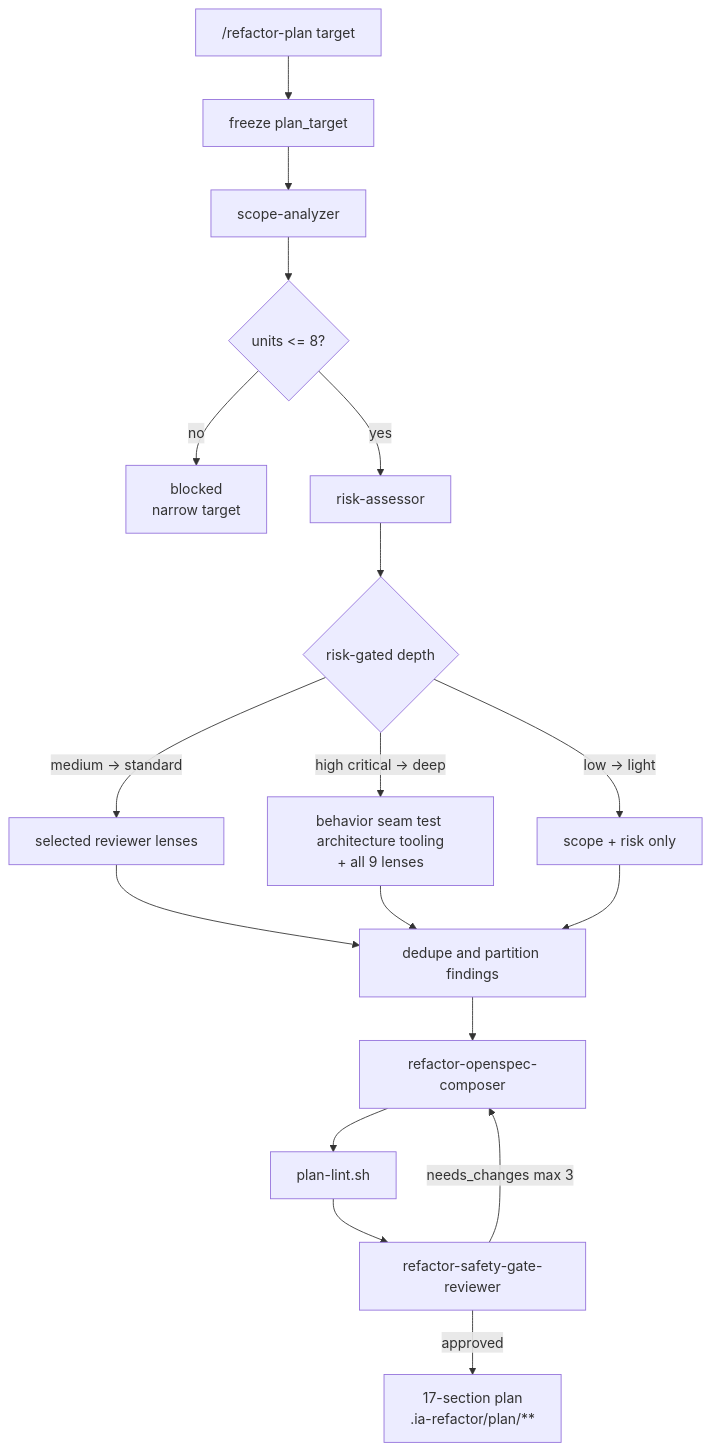
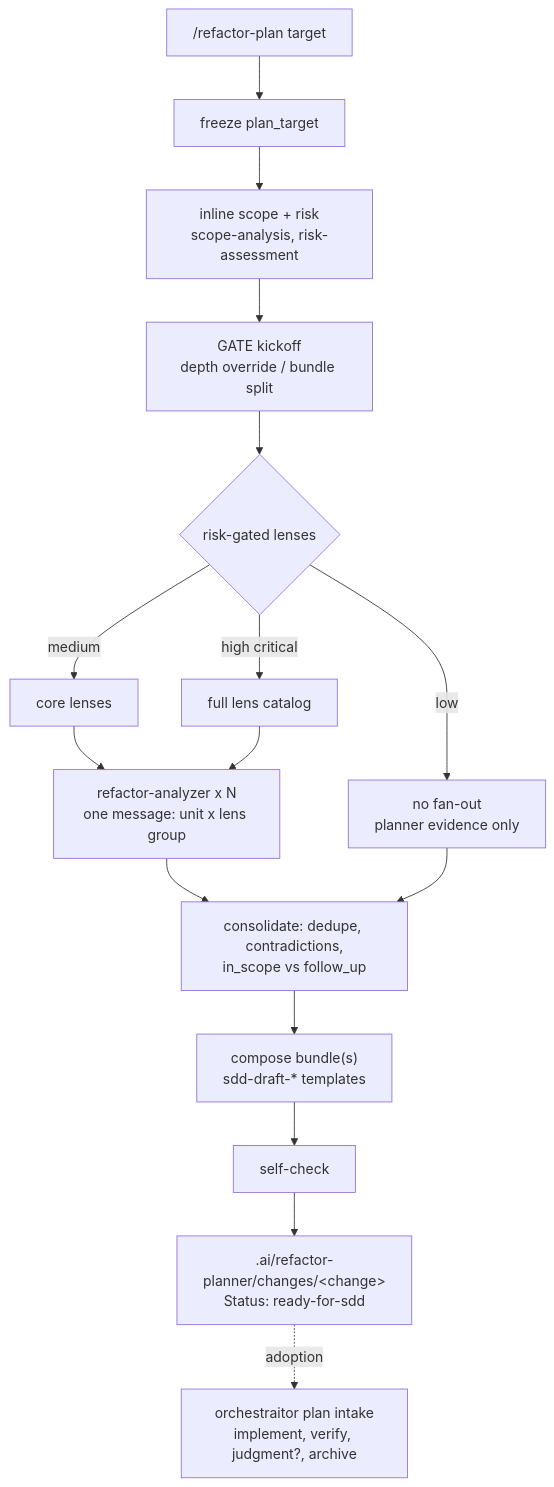
One commit to andresnator/agents-orchestrator changed the third of 5 diagrams in docs/harness-flow-map.md. Above: the diagram before and after it, drawn with Mermaid. The commit also changed other lines of this file and 3 other files, not shown here.

Commit message:
Update documentation for refactor planning and execution workflows: clarify bundle structure, remove obsolete references, and enhance the plan handoff contract.

````diff
--- a/docs/harness-flow-map.md
+++ b/docs/harness-flow-map.md
@@ -153,22 +137,20 @@
 ```mermaid
 flowchart TD
   Start["/refactor-plan target"] --> Lock["freeze plan_target"]
-  Lock --> Scope["scope-analyzer"]
-  Scope --> UnitGate{"units <= 8?"}
-  UnitGate -->|no| Block["blocked<br/>narrow target"]
-  UnitGate -->|yes| Risk["risk-assessor"]
-  Risk --> Depth{"risk-gated depth"}
+  Lock --> Scope["inline scope + risk<br/>scope-analysis, risk-assessment"]
+  Scope --> Kickoff["GATE kickoff<br/>depth override / bundle split"]
+  Kickoff --> Depth{"risk-gated lenses"}
 
-  Depth -->|low -> light| Light["scope + risk only"]
-  Depth -->|medium -> standard| Standard["selected reviewer lenses"]
-  Depth -->|high critical -> deep| Deep["behavior seam test architecture tooling<br/>+ all 9 lenses"]
+  Depth -->|low| Light["no fan-out<br/>planner evidence only"]
+  Depth -->|medium| Standard["core lenses"]
+  Depth -->|high critical| Deep["full lens catalog"]
 
-  Standard --> Reducer["dedupe and partition findings"]
-  Deep --> Reducer
+  Standard --> Fanout["refactor-analyzer x N<br/>one message: unit x lens group"]
+  Deep --> Fanout
+  Fanout --> Reducer["consolidate: dedupe, contradictions,<br/>in_scope vs follow_up"]
   Light --> Reducer
-  Reducer --> Compose["refactor-openspec-composer"]
-  Compose --> Lint["plan-lint.sh"]
-  Lint --> Safety["refactor-safety-gate-reviewer"]
-  Safety -->|needs_changes max 3| Compose
-  Safety -->|approved| Plan["17-section plan<br/>.ia-refactor/plan/**"]
+  Reducer --> Compose["compose bundle(s)<br/>sdd-draft-* templates"]
+  Compose --> SelfCheck["self-check"]
+  SelfCheck --> Bundle[".ai/refactor-planner/changes/&lt;change&gt;<br/>Status: ready-for-sdd"]
+  Bundle -. adoption .-> Orch["orchestraitor plan intake<br/>implement, verify, judgment?, archive"]
 ```
````
